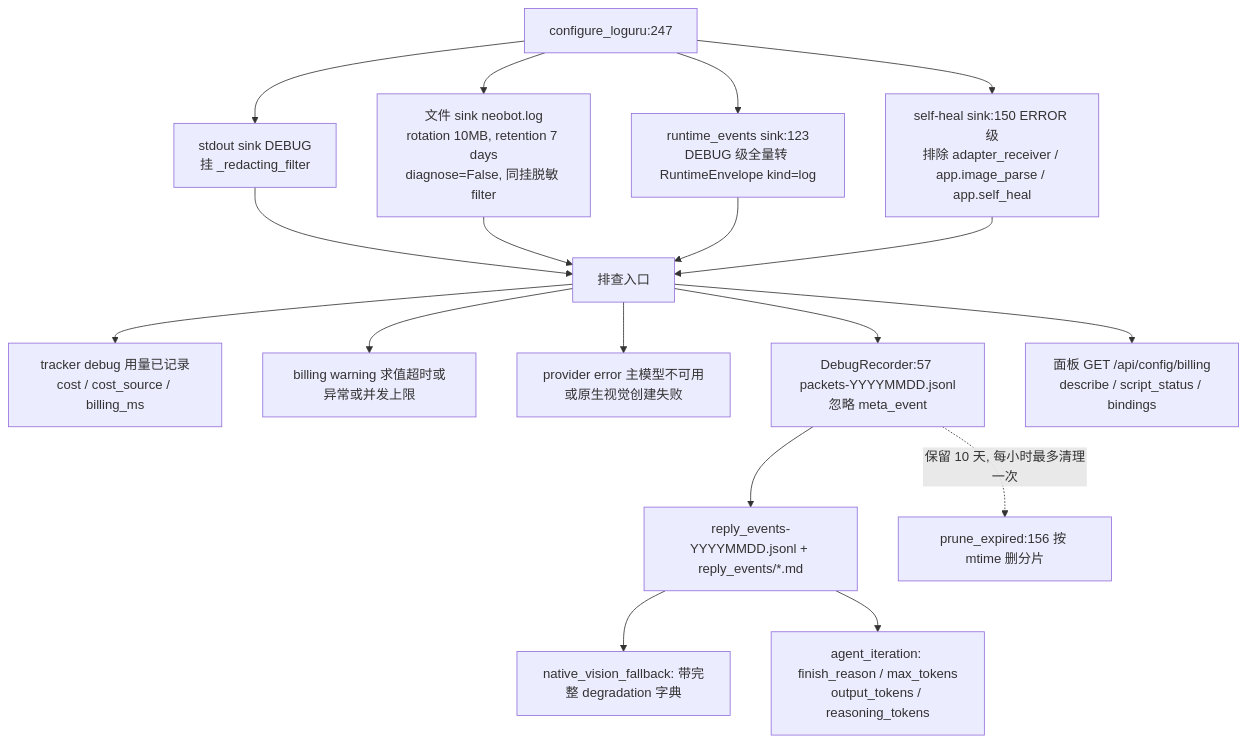
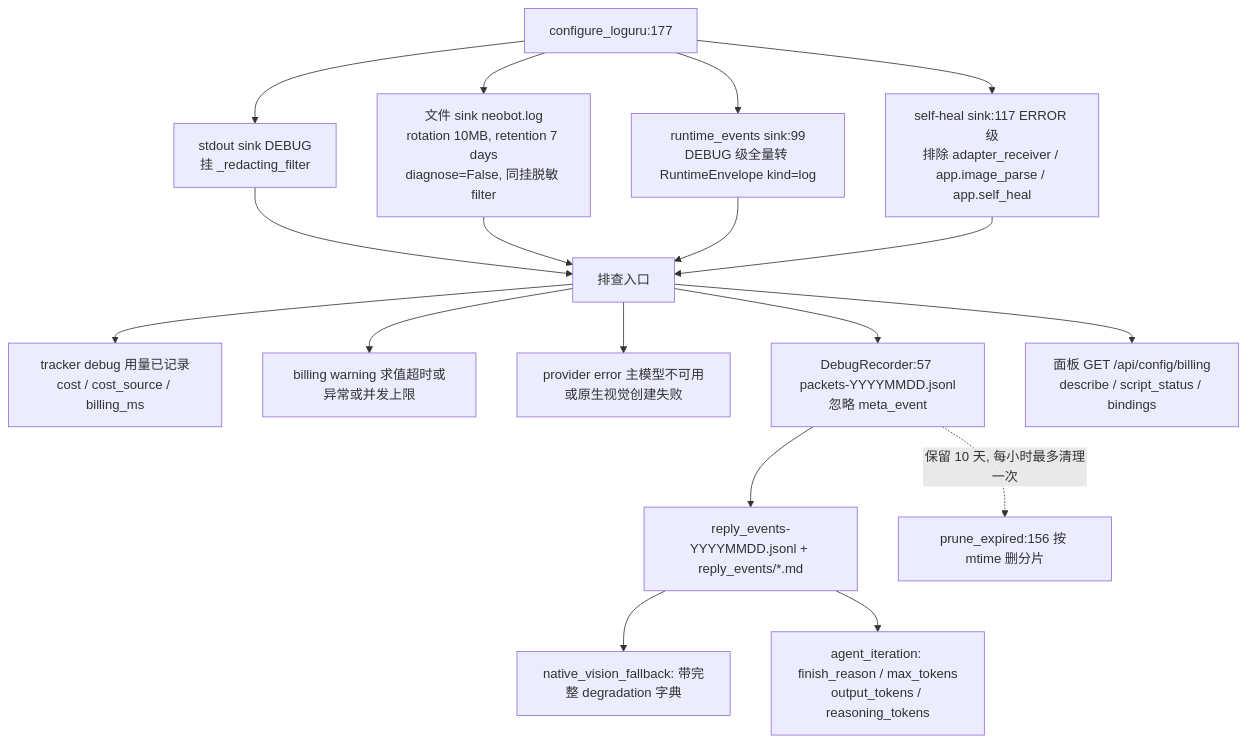
One commit to SuperQuail/NeoBot changed diagram 11 of 11 in docs/flow/05-llm-routing.md. Above: the diagram before and after it, drawn with Mermaid. The commit also changed other lines of this file and 15 other files, not shown here.

````diff
--- a/docs/flow/05-llm-routing.md
+++ b/docs/flow/05-llm-routing.md
@@ -469,20 +469,20 @@
 ```mermaid
 flowchart TD
-    A["configure_loguru:247"] --> B["stdout sink DEBUG<br/>挂 _redacting_filter"]
+    A["configure_loguru:177"] --> B["stdout sink DEBUG<br/>挂 _redacting_filter"]
     A --> C["文件 sink neobot.log<br/>rotation 10MB, retention 7 days<br/>diagnose=False, 同挂脱敏 filter"]
-    A --> D["runtime_events sink:123<br/>DEBUG 级全量转 RuntimeEnvelope kind=log"]
-    A --> E["self-heal sink:150 ERROR 级<br/>排除 adapter_receiver / app.image_parse / app.self_heal"]
+    A --> D["runtime_events sink:99<br/>DEBUG 级全量转 RuntimeEnvelope kind=log"]
+    A --> E["self-heal sink:117 ERROR 级<br/>排除 adapter_receiver / app.image_parse / app.self_heal"]
     B --> F["排查入口"]
     C --> F
     D --> F
     E --> F
     F --> G["tracker debug 用量已记录<br/>cost / cost_source / billing_ms"]
     F --> H["billing warning 求值超时或异常或并发上限"]
     F --> I["provider error 主模型不可用或原生视觉创建失败"]
     F --> J["DebugRecorder:57 packets-YYYYMMDD.jsonl<br/>忽略 meta_event"]
     J --> K["reply_events-YYYYMMDD.jsonl + reply_events/*.md"]
     K --> L["native_vision_fallback: 带完整 degradation 字典"]
     K --> M["agent_iteration: finish_reason / max_tokens<br/>output_tokens / reasoning_tokens"]
     J -.->|"保留 10 天, 每小时最多清理一次"| N["prune_expired:156 按 mtime 删分片"]
     F --> O["面板 GET /api/config/billing<br/>describe / script_status / bindings"]
 ```
````
